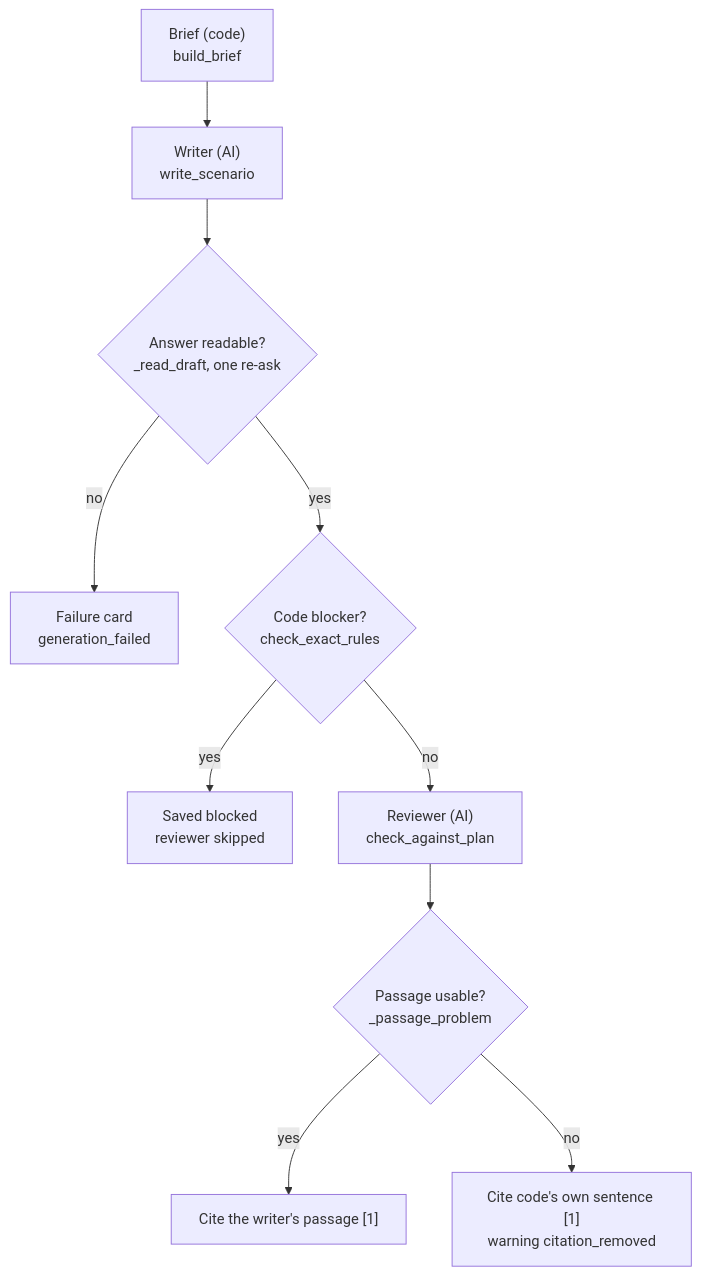
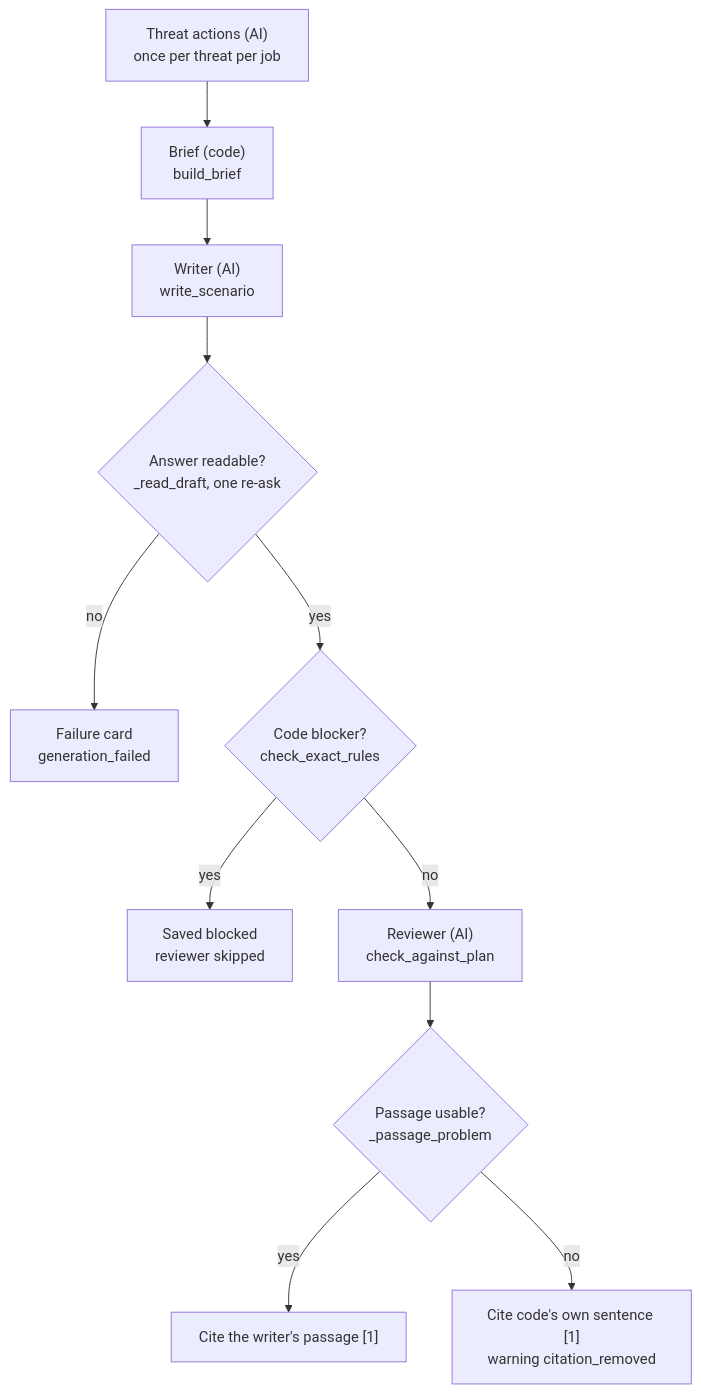
The eighth of 13 diagrams in docs/TSG_END_TO_END_FLOW.md (gopalchettri/cii), drawn with Mermaid before and after one commit. The commit also changed other lines of this file and 15 other files, not shown here.

````diff
--- a/docs/TSG_END_TO_END_FLOW.md
+++ b/docs/TSG_END_TO_END_FLOW.md
@@ -2153,12 +2156,13 @@
 ```mermaid
 flowchart TB
+    A["Threat actions (AI)<br/>once per threat per job"] --> B
     B["Brief (code)<br/>build_brief"] --> W["Writer (AI)<br/>write_scenario"]
     W --> R{"Answer readable?<br/>_read_draft, one re-ask"}
     R -- no --> F["Failure card<br/>generation_failed"]
     R -- yes --> X{"Code blocker?<br/>check_exact_rules"}
     X -- yes --> S["Saved blocked<br/>reviewer skipped"]
     X -- no --> V["Reviewer (AI)<br/>check_against_plan"]
     V --> P{"Passage usable?<br/>_passage_problem"}
     P -- yes --> C1["Cite the writer's passage [1]"]
     P -- no --> C2["Cite code's own sentence [1]<br/>warning citation_removed"]
 ```
````
